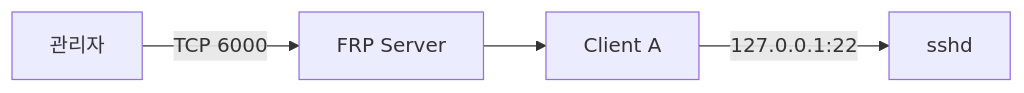
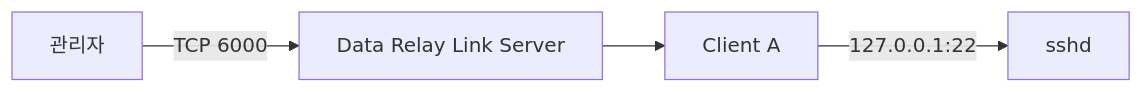
The second of 6 diagrams in ko/guides/services.mdx (datarelay-labs/data-relay-link-docs), drawn with Mermaid before and after one commit. The commit also changed other lines of this file and 32 other files, not shown here.

````diff
--- a/ko/guides/services.mdx
+++ b/ko/guides/services.mdx
@@ -37,6 +37,6 @@
 ```mermaid
 flowchart LR
-    U[관리자] -->|TCP 6000| S[FRP Server]
+    U[관리자] -->|TCP 6000| S[Data Relay Link Server]
     S --> C[Client A]
     C -->|127.0.0.1:22| SSH[sshd]
 ```
````
